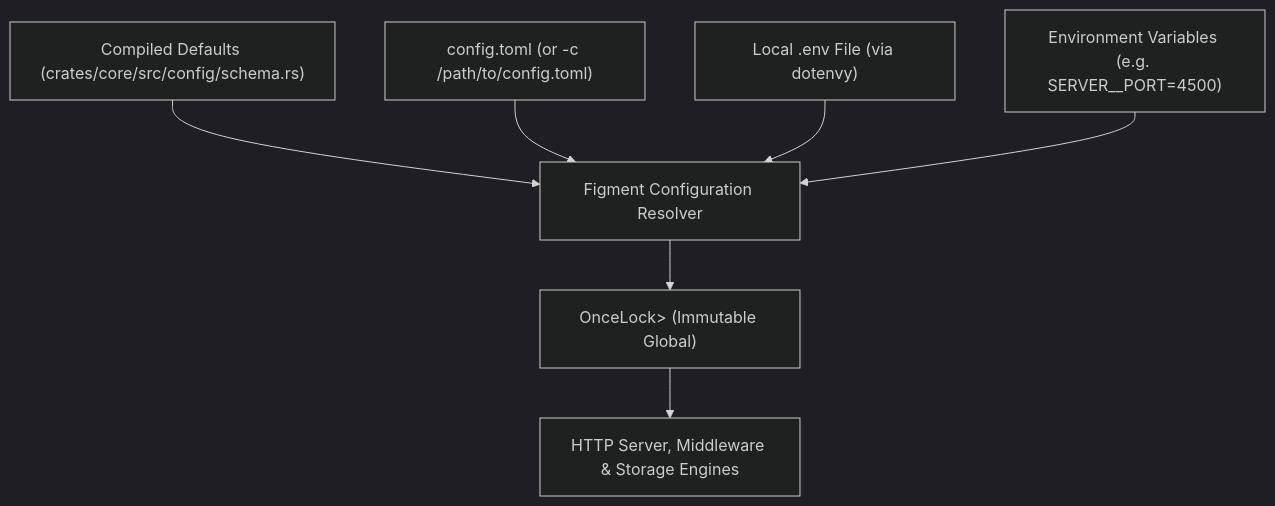
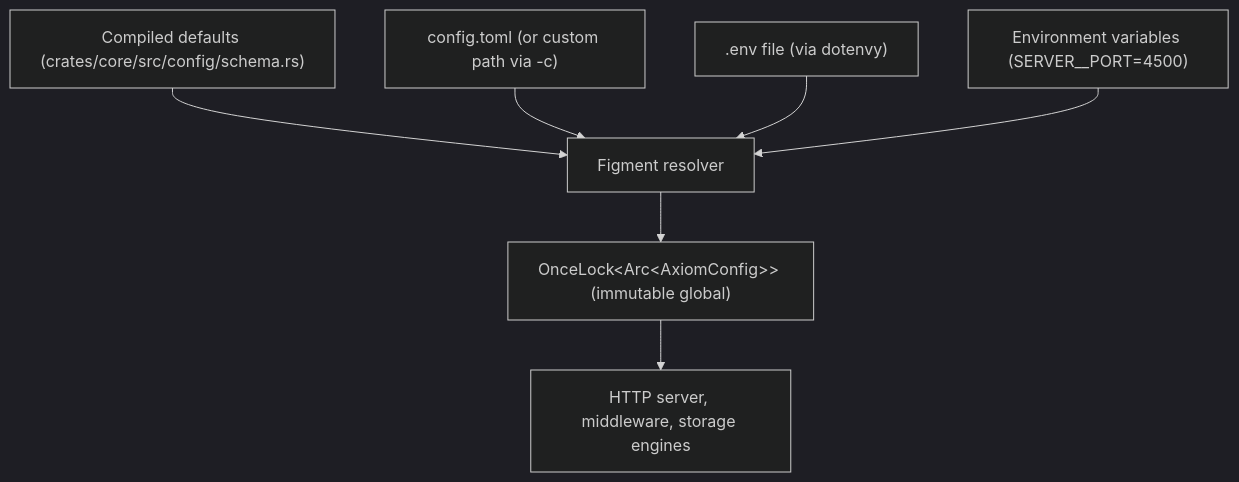
The diagram in docs/configuration.md (toxichome-whoami/axiom), drawn with Mermaid (dark theme) before and after one commit. The commit also changed other lines of this file, not shown here.

Commit message:
docs: audit and fix precedence and cli options in configuration.md

````diff
--- a/docs/configuration.md
+++ b/docs/configuration.md
@@ -21,9 +77,9 @@
 ```mermaid
 flowchart TD
-    A["Compiled Defaults (crates/core/src/config/schema.rs)"] --> D["Figment Configuration Resolver"]
-    B["config.toml (or -c /path/to/config.toml)"] --> D
-    C["Local .env File (via dotenvy)"] --> D
-    E["Environment Variables (e.g. SERVER__PORT=4500)"] --> D
-    D --> F["OnceLock<Arc<AxiomConfig>> (Immutable Global)"]
-    F --> G["HTTP Server, Middleware & Storage Engines"]
+    A["Compiled defaults (crates/core/src/config/schema.rs)"] --> R["Figment resolver"]
+    B["config.toml (or custom path via -c)"] --> R
+    C[".env file (via dotenvy)"] --> R
+    E["Environment variables (SERVER__PORT=4500)"] --> R
+    R --> G["OnceLock&lt;Arc&lt;AxiomConfig&gt;&gt; (immutable global)"]
+    G --> H["HTTP server, middleware, storage engines"]
 ```
````
